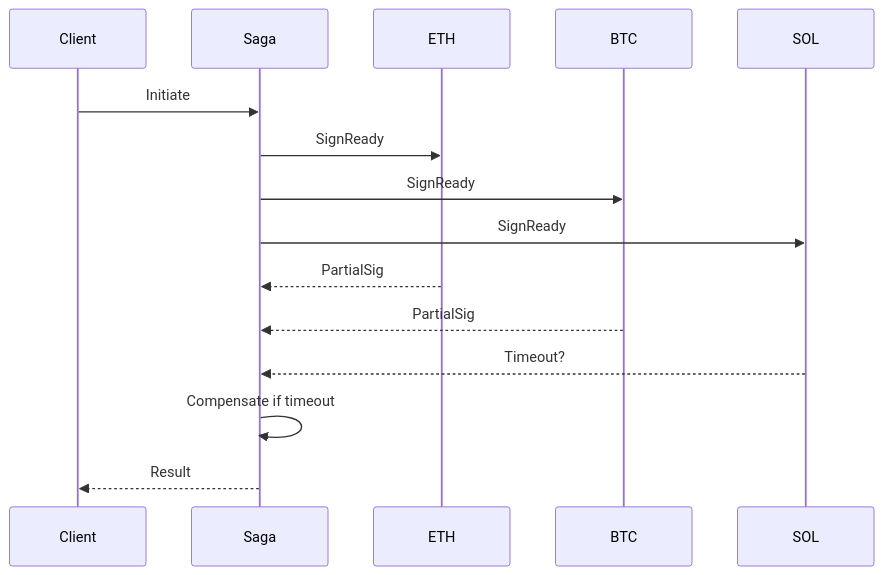
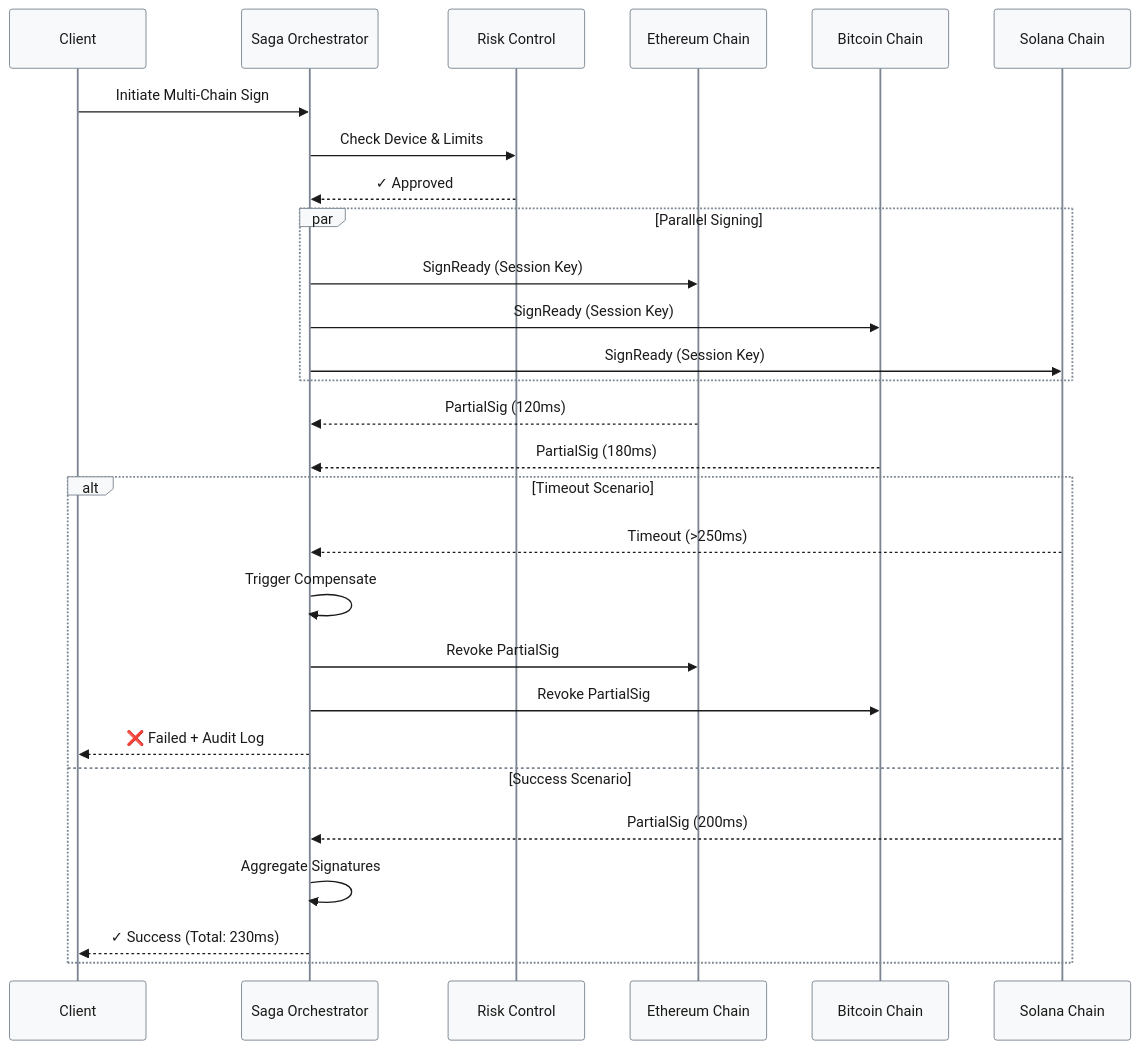
One commit to ljg-cqu/knowledge changed the third of 9 diagrams in Workplace/Interview/Blockchain/Posts/MPCWalletEngineer/Architecture/GPT5.1Codex_Revised.md. Above: the diagram before and after it, drawn with Mermaid. The commit also changed other lines of this file and 13 other files, not shown here.

Commit message:
Enhance visual consistency and readability of diagrams in ZencoderAuto+_Revised.md by updating theme variables and styles across all mermaid charts. Adjust colors for improved contrast and clarity, ensuring a cohesive design throughout the document.

````diff
--- a/Workplace/Interview/Blockchain/Posts/MPCWalletEngineer/Architecture/GPT5.1Codex_Revised.md
+++ b/Workplace/Interview/Blockchain/Posts/MPCWalletEngineer/Architecture/GPT5.1Codex_Revised.md
@@ -193,17 +251,51 @@
 ```mermaid
+%%{init: {
+  "theme": "base",
+  "themeVariables": {
+    "primaryColor": "#f8f9fa",
+    "primaryTextColor": "#1a1a1a",
+    "primaryBorderColor": "#7a8591",
+    "lineColor": "#8897a8",
+    "secondaryColor": "#eff6fb",
+    "actorBkg": "#f8f9fa",
+    "actorBorder": "#7a8591",
+    "actorTextColor": "#1a1a1a",
+    "activationBkgColor": "#eff6fb",
+    "activationBorderColor": "#7a9fc5",
+    "noteBkgColor": "#f3f5f7",
+    "noteBorderColor": "#8897a8"
+  }
+}}%%
 sequenceDiagram
     participant Client
-    participant Saga
-    participant ETH
-    participant BTC
-    participant SOL
-    Client->>Saga: Initiate
-    Saga->>ETH: SignReady
-    Saga->>BTC: SignReady
-    Saga->>SOL: SignReady
-    ETH-->>Saga: PartialSig
-    BTC-->>Saga: PartialSig
-    SOL-->>Saga: Timeout?
-    Saga->>Saga: Compensate if timeout
-    Saga-->>Client: Result
+    participant Saga as Saga Orchestrator
+    participant Risk as Risk Control
+    participant ETH as Ethereum Chain
+    participant BTC as Bitcoin Chain
+    participant SOL as Solana Chain
+    
+    Client->>Saga: Initiate Multi-Chain Sign
+    Saga->>Risk: Check Device & Limits
+    Risk-->>Saga: ✓ Approved
+    
+    par Parallel Signing
+        Saga->>ETH: SignReady (Session Key)
+        Saga->>BTC: SignReady (Session Key)
+        Saga->>SOL: SignReady (Session Key)
+    end
+    
+    ETH-->>Saga: PartialSig (120ms)
+    BTC-->>Saga: PartialSig (180ms)
+    
+    alt Timeout Scenario
+        SOL-->>Saga: Timeout (>250ms)
+        Saga->>Saga: Trigger Compensate
+        Saga->>ETH: Revoke PartialSig
+        Saga->>BTC: Revoke PartialSig
+        Saga-->>Client: ❌ Failed + Audit Log
+    else Success Scenario
+        SOL-->>Saga: PartialSig (200ms)
+        Saga->>Saga: Aggregate Signatures
+        Saga-->>Client: ✓ Success (Total: 230ms)
+    end
 ```
````
